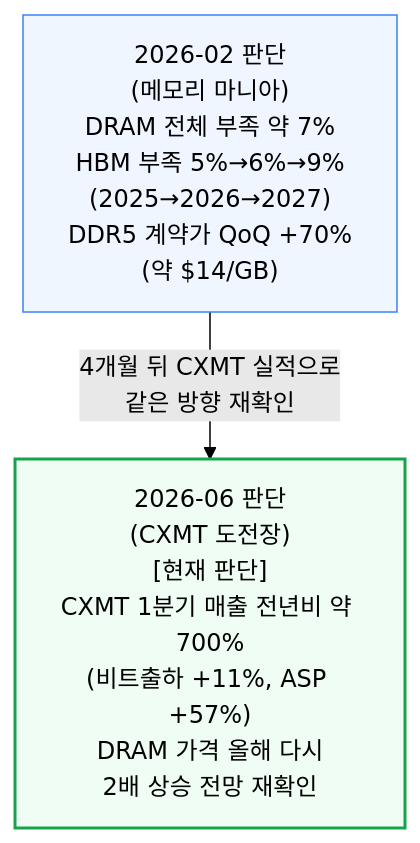
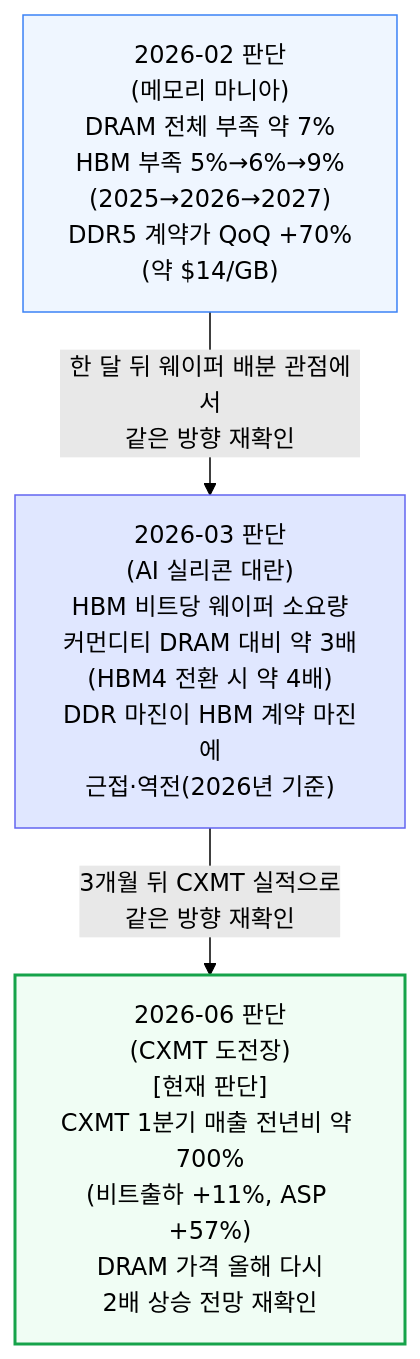
Before and after one commit to yohan4477/semi-report: the first of 5 diagrams in 통합 리포트/[260706] 메모리 통합 리포트.md, drawn with Mermaid (forest theme). The commit also changed other lines of this file and 1 other file, not shown here.

````diff
--- a/통합 리포트/[260706] 메모리 통합 리포트.md
+++ b/통합 리포트/[260706] 메모리 통합 리포트.md
@@ -46,7 +47,8 @@
 ```mermaid
 flowchart TD
-    D0207["2026-02 판단<br/>(메모리 마니아)<br/>DRAM 전체 부족 약 7%<br/>HBM 부족 5%→6%→9%<br/>(2025→2026→2027)<br/>DDR5 계약가 QoQ +70%<br/>(약 $14/GB)"] -->|"4개월 뒤 CXMT 실적으로<br/>같은 방향 재확인"| D0623["2026-06 판단<br/>(CXMT 도전장)<br/>[현재 판단]<br/>CXMT 1분기 매출 전년비 약 700%<br/>(비트출하 +11%, ASP +57%)<br/>DRAM 가격 올해 다시<br/>2배 상승 전망 재확인"]
+    D0207["2026-02 판단<br/>(메모리 마니아)<br/>DRAM 전체 부족 약 7%<br/>HBM 부족 5%→6%→9%<br/>(2025→2026→2027)<br/>DDR5 계약가 QoQ +70%<br/>(약 $14/GB)"] -->|"한 달 뒤 웨이퍼 배분 관점에서<br/>같은 방향 재확인"| D0313["2026-03 판단<br/>(AI 실리콘 대란)<br/>HBM 비트당 웨이퍼 소요량<br/>커먼디티 DRAM 대비 약 3배<br/>(HBM4 전환 시 약 4배)<br/>DDR 마진이 HBM 계약 마진에<br/>근접·역전(2026년 기준)"] -->|"3개월 뒤 CXMT 실적으로<br/>같은 방향 재확인"| D0623["2026-06 판단<br/>(CXMT 도전장)<br/>[현재 판단]<br/>CXMT 1분기 매출 전년비 약 700%<br/>(비트출하 +11%, ASP +57%)<br/>DRAM 가격 올해 다시<br/>2배 상승 전망 재확인"]
 
     style D0207 fill:#eff6ff,stroke:#3b82f6
+    style D0313 fill:#e0e7ff,stroke:#6366f1
     style D0623 fill:#f0fdf4,stroke:#16a34a,stroke-width:2px
 ```
````
